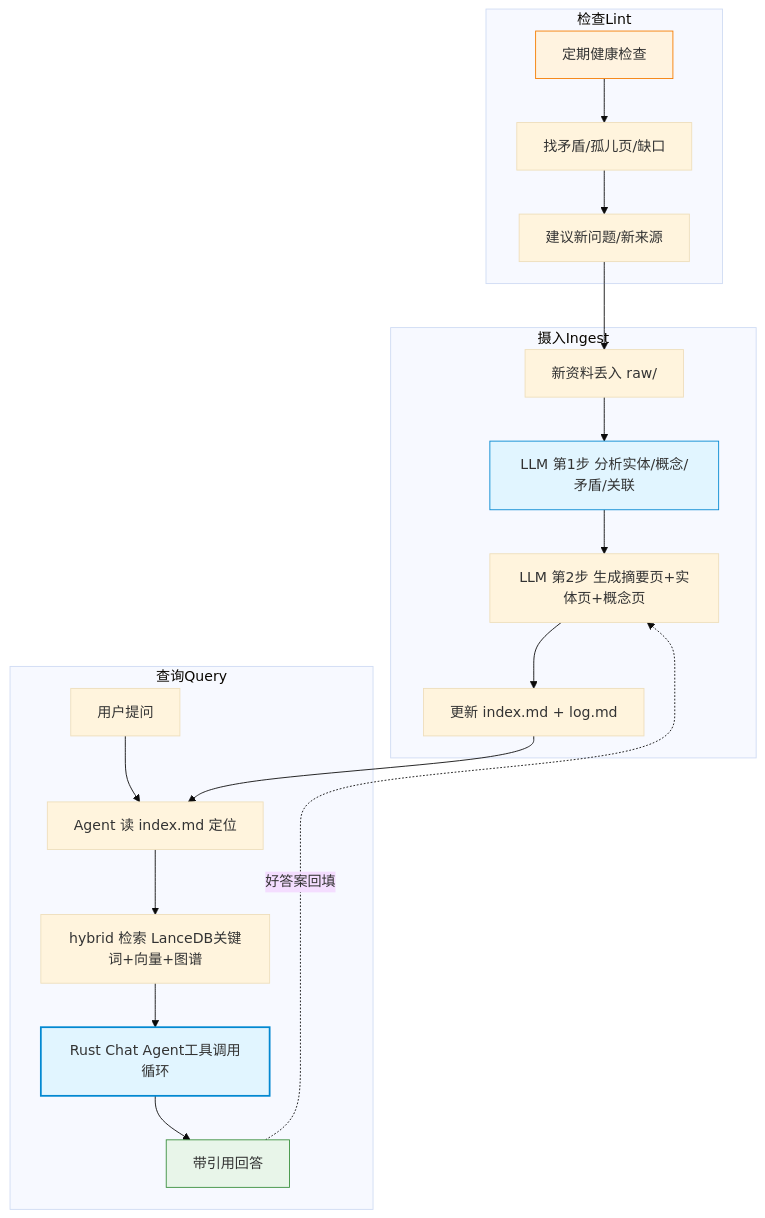
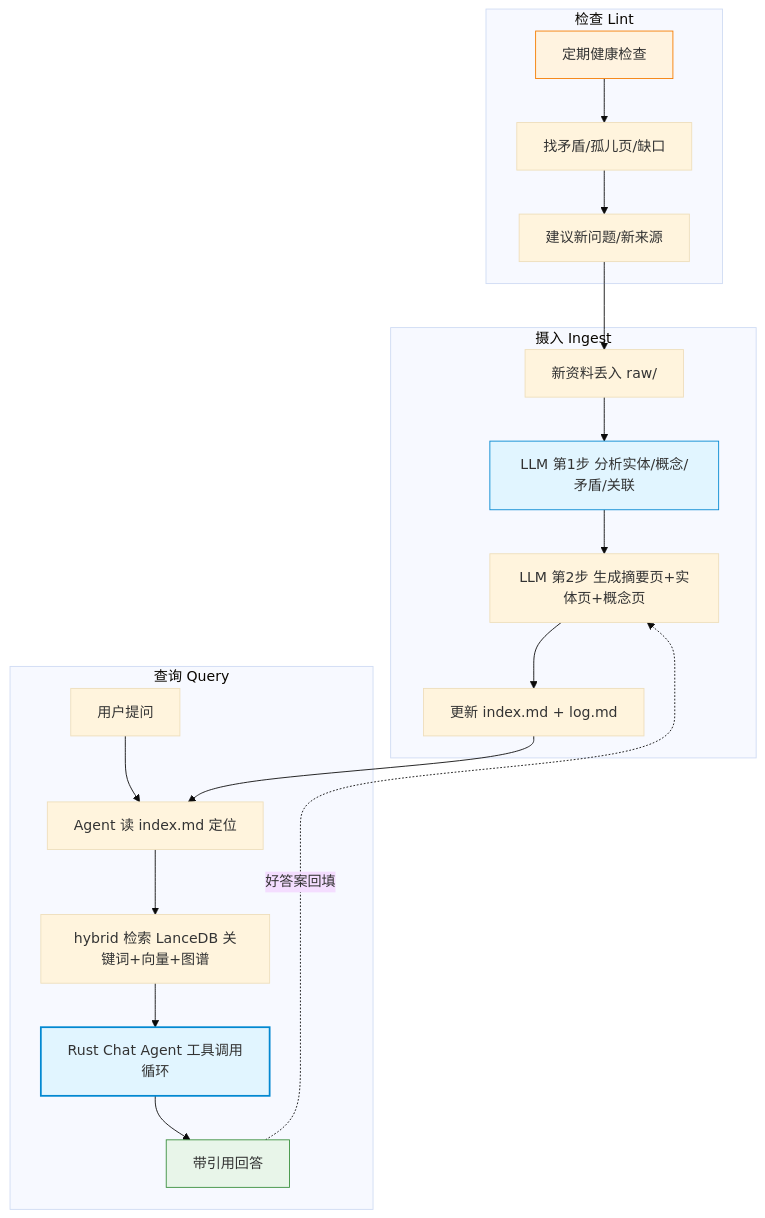
Before and after one commit to Laughingtt/kb-retrieval-sys: diagram 14 of 18 in docs/kb_retrieval_solutions.md, drawn with Mermaid (base theme). The commit also changed other lines of this file, not shown here.

````diff
--- a/docs/kb_retrieval_solutions.md
+++ b/docs/kb_retrieval_solutions.md
@@ -542,26 +571,26 @@
 ```mermaid
 flowchart TD
-    subgraph 摄入Ingest
+    subgraph S1 [摄入 Ingest]
         I1[新资料丢入 raw/] --> I2[LLM 第1步 分析实体/概念/矛盾/关联]
         I2 --> I3[LLM 第2步 生成摘要页+实体页+概念页]
         I3 --> I4[更新 index.md + log.md]
     end
-    subgraph 查询Query
+    subgraph S2 [查询 Query]
         Q1[用户提问] --> Q2[Agent 读 index.md 定位]
-        Q2 --> Q3[hybrid 检索 LanceDB关键词+向量+图谱]
-        Q3 --> Q4[Rust Chat Agent工具调用循环]
+        Q2 --> Q3[hybrid 检索 LanceDB 关键词+向量+图谱]
+        Q3 --> Q4[Rust Chat Agent 工具调用循环]
         Q4 --> Q5[带引用回答]
         Q5 -.好答案回填.-> I3
     end
-    subgraph 检查Lint
+    subgraph S3 [检查 Lint]
         L1[定期健康检查] --> L2[找矛盾/孤儿页/缺口]
         L2 --> L3[建议新问题/新来源]
     end
     I4 --> Q2
     L3 --> I1
 
     style I2 fill:#e1f5ff,stroke:#0288d1
     style Q4 fill:#e1f5ff,stroke:#0288d1,stroke-width:2px
     style L1 fill:#fff3e0,stroke:#f57c00
     style Q5 fill:#e8f5e9,stroke:#388e3c
 ```
````
